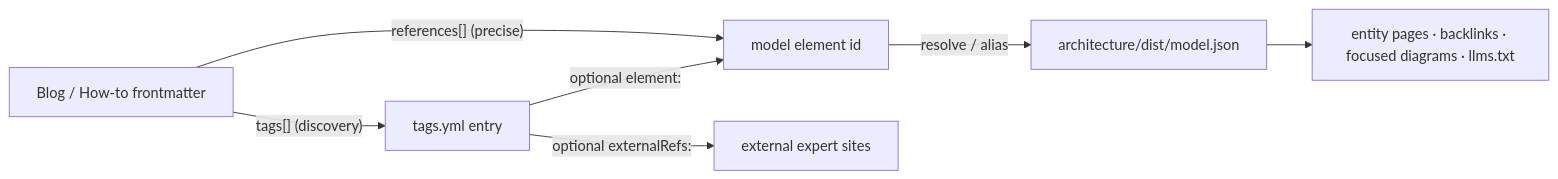
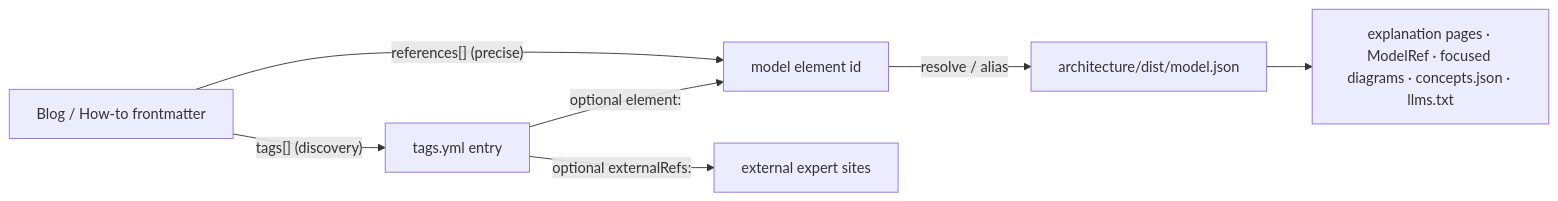
One commit to open-lakehouse/docs-factory changed the diagram in docs/design/information-system.md. Above: the diagram before and after it, drawn with Mermaid. The commit also changed other lines of this file and 34 other files, not shown here.

````diff
--- a/docs/design/information-system.md
+++ b/docs/design/information-system.md
@@ -43,9 +43,9 @@
 ```mermaid
 flowchart LR
   content["Blog / How-to frontmatter"] -->|"tags[] (discovery)"| tagsyml["tags.yml entry"]
   content -->|"references[] (precise)"| elem["model element id"]
   tagsyml -->|"optional element:"| elem
   tagsyml -->|"optional externalRefs:"| ext["external expert sites"]
   elem -->|"resolve / alias"| modeljson["architecture/dist/model.json"]
-  modeljson --> ui["entity pages · backlinks · focused diagrams · llms.txt"]
+  modeljson --> ui["explanation pages · ModelRef · focused diagrams · concepts.json · llms.txt"]
 ```
````
